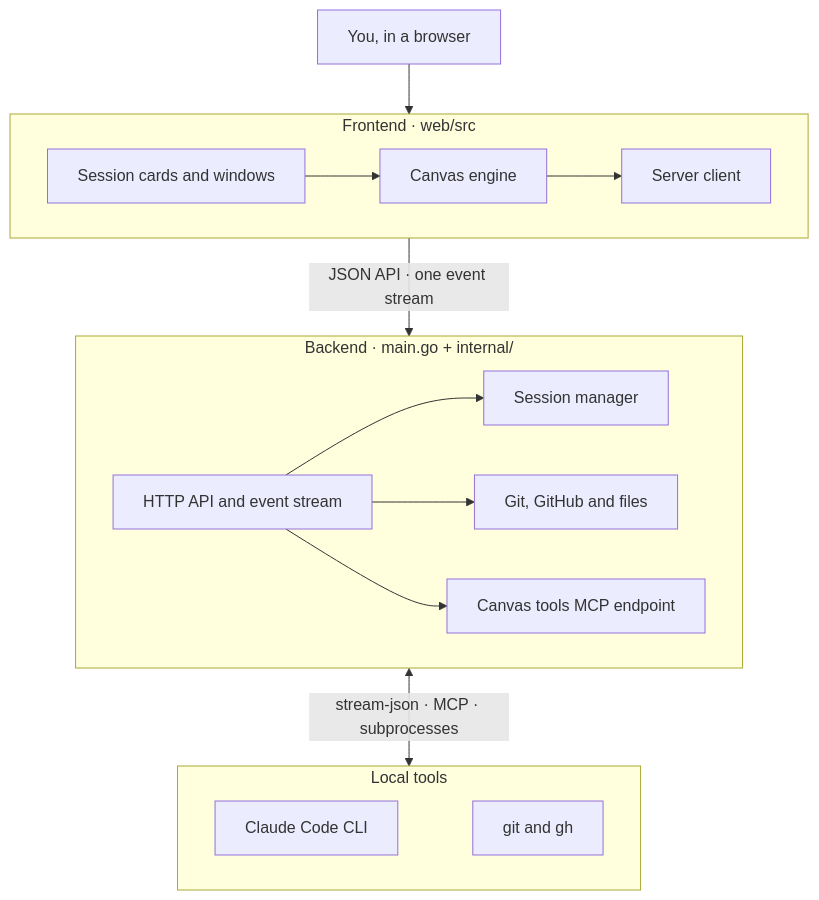
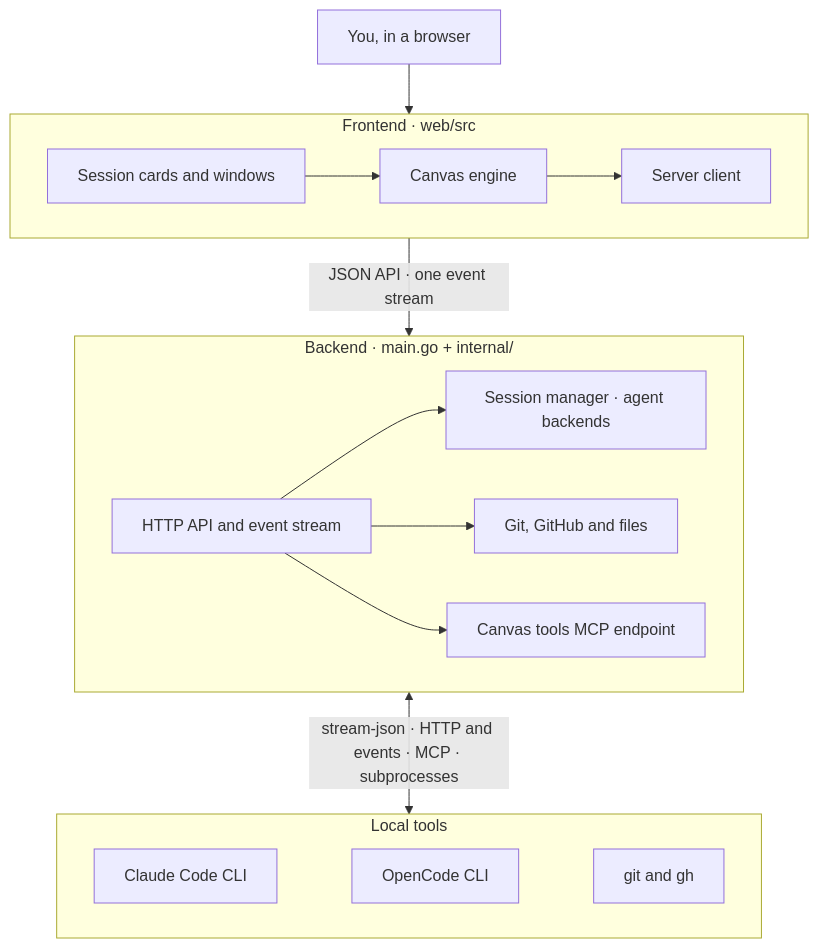
Before and after one commit to AK-Lmn/drawa: the second of 2 diagrams in CONTRIBUTING.md, drawn with Mermaid. The commit also changed 69 other files, not shown here.

First line of the commit message:
Add OpenCode as a second agent backend (#27)

````diff
--- a/CONTRIBUTING.md
+++ b/CONTRIBUTING.md
@@ -120,25 +120,25 @@
 ```mermaid
 flowchart TB
   user["You, in a browser"]
 
   subgraph web["Frontend · web/src"]
     direction LR
     ui["Session cards and windows"] --> engine["Canvas engine"] --> client["Server client"]
   end
 
   subgraph go["Backend · main.go + internal/"]
     direction LR
-    api["HTTP API and event stream"] --> procs["Session manager"]
+    api["HTTP API and event stream"] --> procs["Session manager · agent backends"]
     api --> repo["Git, GitHub and files"]
     api --> mcp["Canvas tools MCP endpoint"]
   end
 
   subgraph tools["Local tools"]
     direction LR
-    claude["Claude Code CLI"] ~~~ gitgh["git and gh"]
+    claude["Claude Code CLI"] ~~~ oc["OpenCode CLI"] ~~~ gitgh["git and gh"]
   end
 
   user --> web
   web -- "JSON API · one event stream" --> go
-  go <-- "stream-json · MCP · subprocesses" --> tools
+  go <-- "stream-json · HTTP and events · MCP · subprocesses" --> tools
 ```
````
